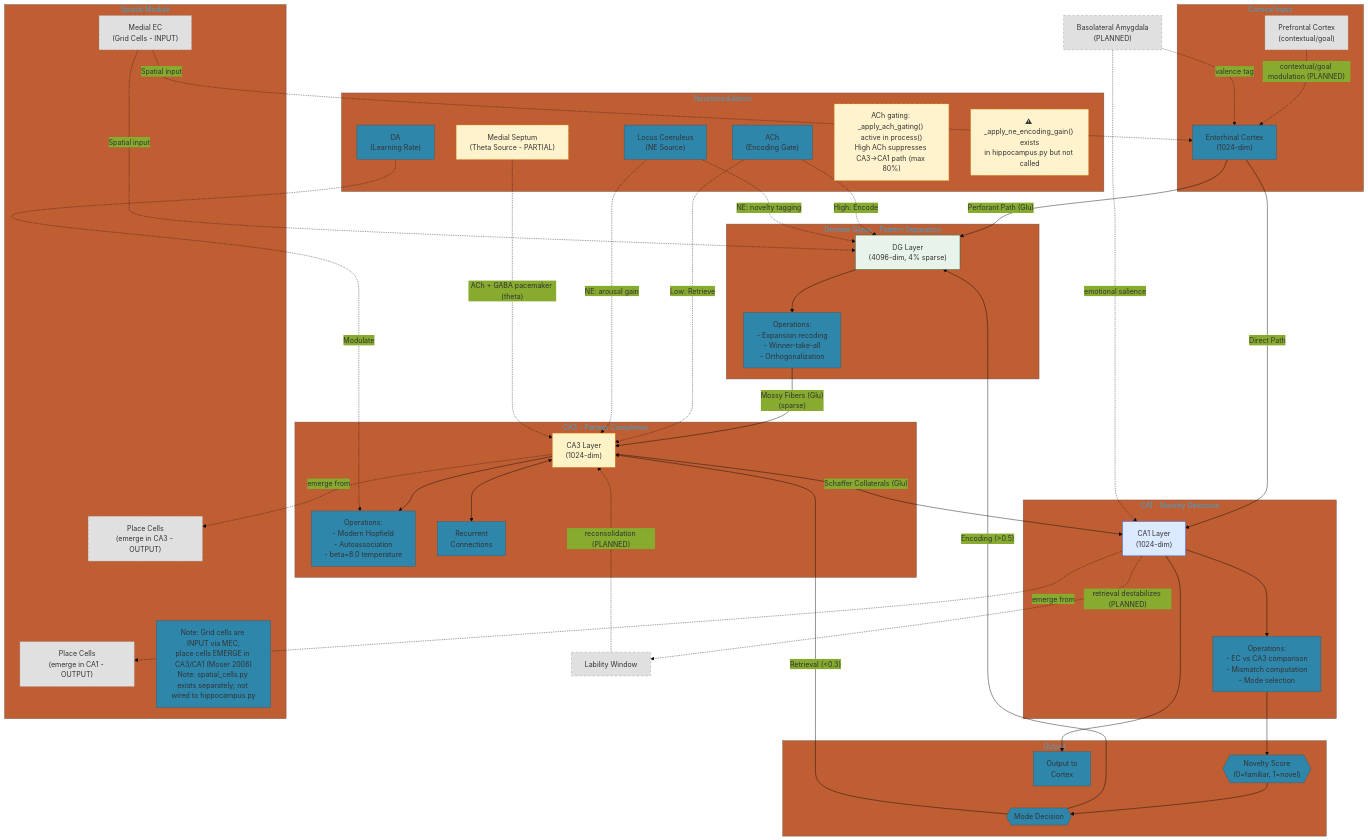
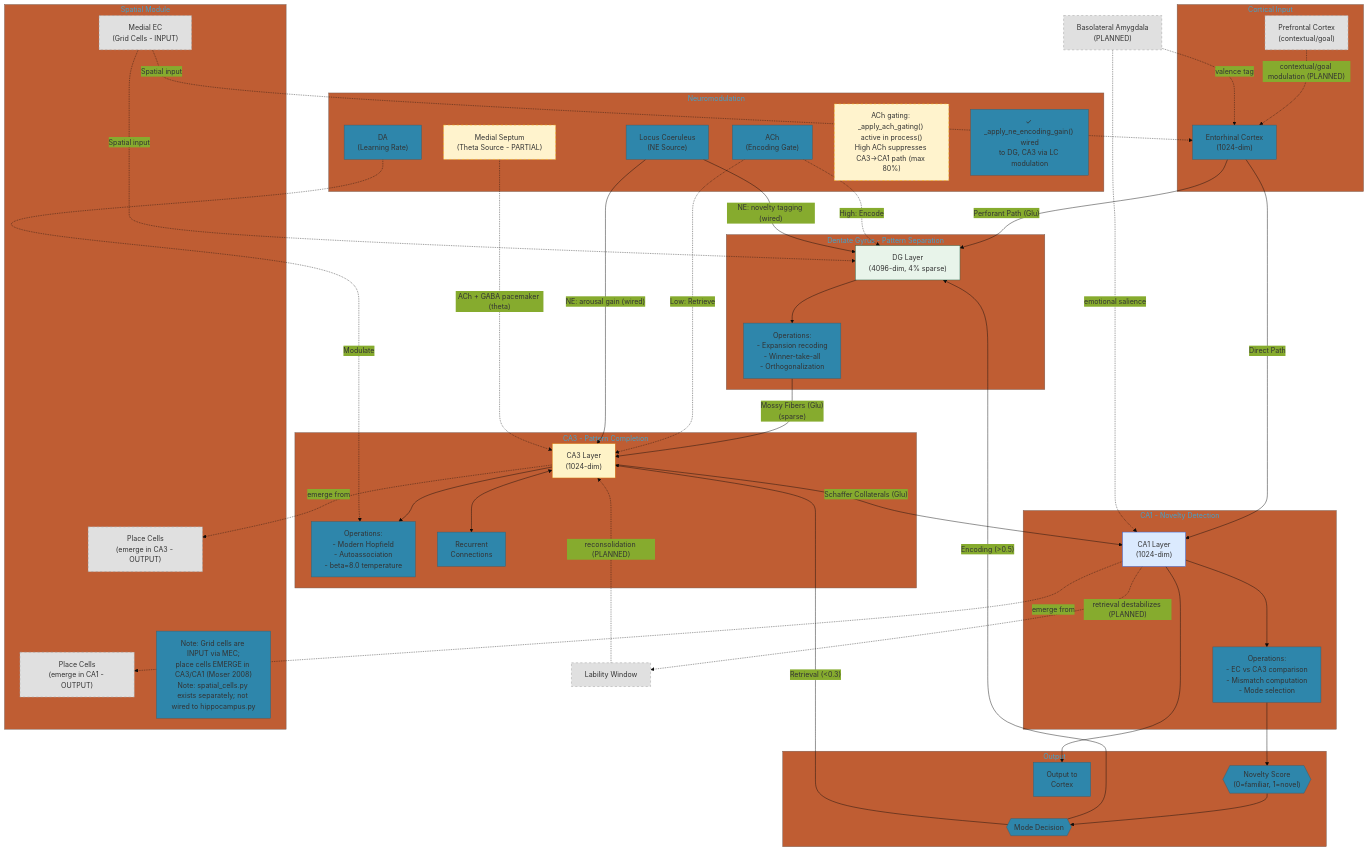
One commit to astoreyai/t4d changed the diagram in docs/diagrams/hippocampal_circuit.mermaid. Above: the diagram before and after it, drawn with Mermaid. The commit also changed 61 other files, not shown here.

```diff
--- a/docs/diagrams/hippocampal_circuit.mermaid
+++ b/docs/diagrams/hippocampal_circuit.mermaid
@@ -1,95 +1,95 @@
 %%{init: {'theme': 'base', 'themeVariables': { 'primaryColor': '#2e86ab'}}}%%
 flowchart TB
     subgraph Input["Cortical Input"]
         EC["Entorhinal Cortex<br/>(1024-dim)"]
         PFC["Prefrontal Cortex<br/>(contextual/goal)"]:::planned
     end
 
     PFC -.->|"contextual/goal modulation (PLANNED)"| EC
 
     subgraph DG_Block["Dentate Gyrus - Pattern Separation"]
         DG["DG Layer<br/>(4096-dim, 4% sparse)"]
         DG_OP["Operations:<br/>- Expansion recoding<br/>- Winner-take-all<br/>- Orthogonalization"]
     end
 
     subgraph CA3_Block["CA3 - Pattern Completion"]
         CA3["CA3 Layer<br/>(1024-dim)"]
         CA3_OP["Operations:<br/>- Modern Hopfield<br/>- Autoassociation<br/>- beta=8.0 temperature"]
         REC["Recurrent<br/>Connections"]
     end
 
     subgraph CA1_Block["CA1 - Novelty Detection"]
         CA1["CA1 Layer<br/>(1024-dim)"]
         CA1_OP["Operations:<br/>- EC vs CA3 comparison<br/>- Mismatch computation<br/>- Mode selection"]
     end
 
     subgraph Output["Output"]
         NOV{{"Novelty Score<br/>(0=familiar, 1=novel)"}}
         MODE{{"Mode Decision"}}
         OUT["Output to<br/>Cortex"]
     end
 
     subgraph Grid["Spatial Module"]
         MEC_GRID["Medial EC<br/>(Grid Cells - INPUT)"]:::planned
         PLACE_CA1["Place Cells<br/>(emerge in CA1 - OUTPUT)"]:::planned
         PLACE_CA3["Place Cells<br/>(emerge in CA3 - OUTPUT)"]:::planned
         GRID_NOTE["Note: Grid cells are INPUT via MEC;<br/>place cells EMERGE in CA3/CA1 (Moser 2008)<br/>Note: spatial_cells.py exists separately; not wired to hippocampus.py"]
     end
 
     %% Main pathway
     EC -->|"Perforant Path (Glu)"| DG
     DG --> DG_OP
     DG_OP -->|"Mossy Fibers (Glu)<br/>(sparse)"| CA3
     CA3 --> CA3_OP
     CA3 <--> REC
     CA3 -->|"Schaffer Collaterals (Glu)"| CA1
     EC -->|"Direct Path"| CA1
     CA1 --> CA1_OP
 
     %% Outputs
     CA1_OP --> NOV
     NOV --> MODE
     MODE -->|"Encoding (>0.5)"| DG
     MODE -->|"Retrieval (<0.3)"| CA3
     CA1 --> OUT
 
     %% Reconsolidation pathway
     CA1 -.->|"retrieval destabilizes (PLANNED)"| LABILITY["Lability Window"]:::planned
     LABILITY -.->|"reconsolidation (PLANNED)"| CA3
 
     %% Spatial cells: Grid cells (EC) feed INTO hippocampus
     %% Place cells EMERGE in CA3/CA1 (Moser 2008)
     MEC_GRID -.->|"Spatial input"| DG
     MEC_GRID -.->|"Spatial input"| EC
     CA3 -.->|"emerge from"| PLACE_CA3
     CA1 -.->|"emerge from"| PLACE_CA1
 
     %% Amygdala input
     BLA["Basolateral Amygdala<br/>(PLANNED)"]:::planned
     BLA -.->|"emotional salience"| CA1
     BLA -.->|"valence tag"| EC
 
     %% Neuromodulation
     subgraph NM["Neuromodulation"]
         ACH["ACh<br/>(Encoding Gate)"]
         DA["DA<br/>(Learning Rate)"]
         LC["Locus Coeruleus<br/>(NE Source)"]
         MS["Medial Septum<br/>(Theta Source - PARTIAL)"]:::partial
         ACH_NOTE["ACh gating: _apply_ach_gating() active in process()<br/>High ACh suppresses CA3→CA1 path (max 80%)"]
-        NE_NOTE["⚠ _apply_ne_encoding_gain() exists<br/>in hippocampus.py but not called"]:::partial
+        NE_NOTE["✓ _apply_ne_encoding_gain() wired<br/>to DG, CA3 via LC modulation"]
     end
 
     ACH -.->|"High: Encode"| DG
     ACH -.->|"Low: Retrieve"| CA3
     DA -.->|"Modulate"| CA3_OP
-    LC -.->|"NE: novelty tagging"| DG
-    LC -.->|"NE: arousal gain"| CA3
+    LC -->|"NE: novelty tagging (wired)"| DG
+    LC -->|"NE: arousal gain (wired)"| CA3
     MS -.->|"ACh + GABA pacemaker (theta)"| CA3
 
     classDef partial fill:#fff3cd,stroke:#ffc107,stroke-dasharray: 5 5
     classDef planned fill:#e0e0e0,stroke:#999,stroke-dasharray: 5 5
     class ACH_NOTE partial
 
     style DG fill:#e8f4ea,stroke:#2d6a4f
     style CA3 fill:#fef3c7,stroke:#d97706
     style CA1 fill:#dbeafe,stroke:#2563eb
```
